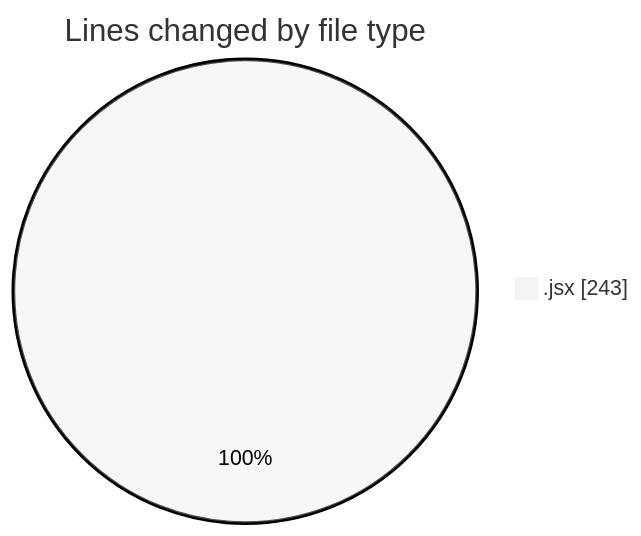
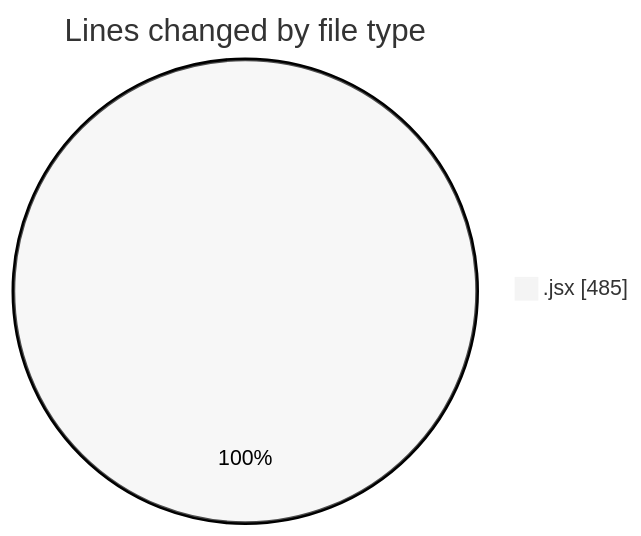
The first of 2 diagrams in 2025-03-01/react_ecom/README.md (Elitesun/code-tracking), drawn with Mermaid (neutral theme) before and after one commit. The commit also changed other lines of this file and 1 other file, not shown here.

````diff
--- a/2025-03-01/react_ecom/README.md
+++ b/2025-03-01/react_ecom/README.md
@@ -22,5 +24,5 @@
 ```mermaid
 pie showData
 title Lines changed by file type
-".jsx" : 243
+".jsx" : 485
 ```
````
